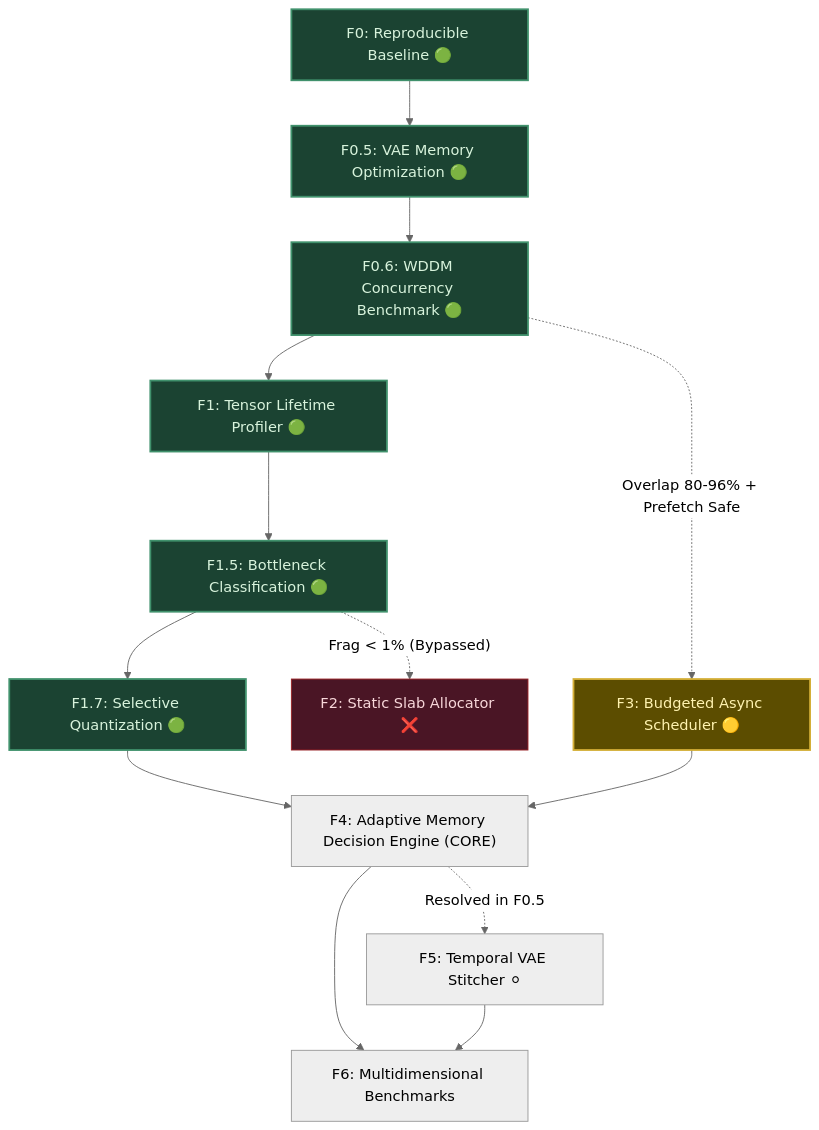
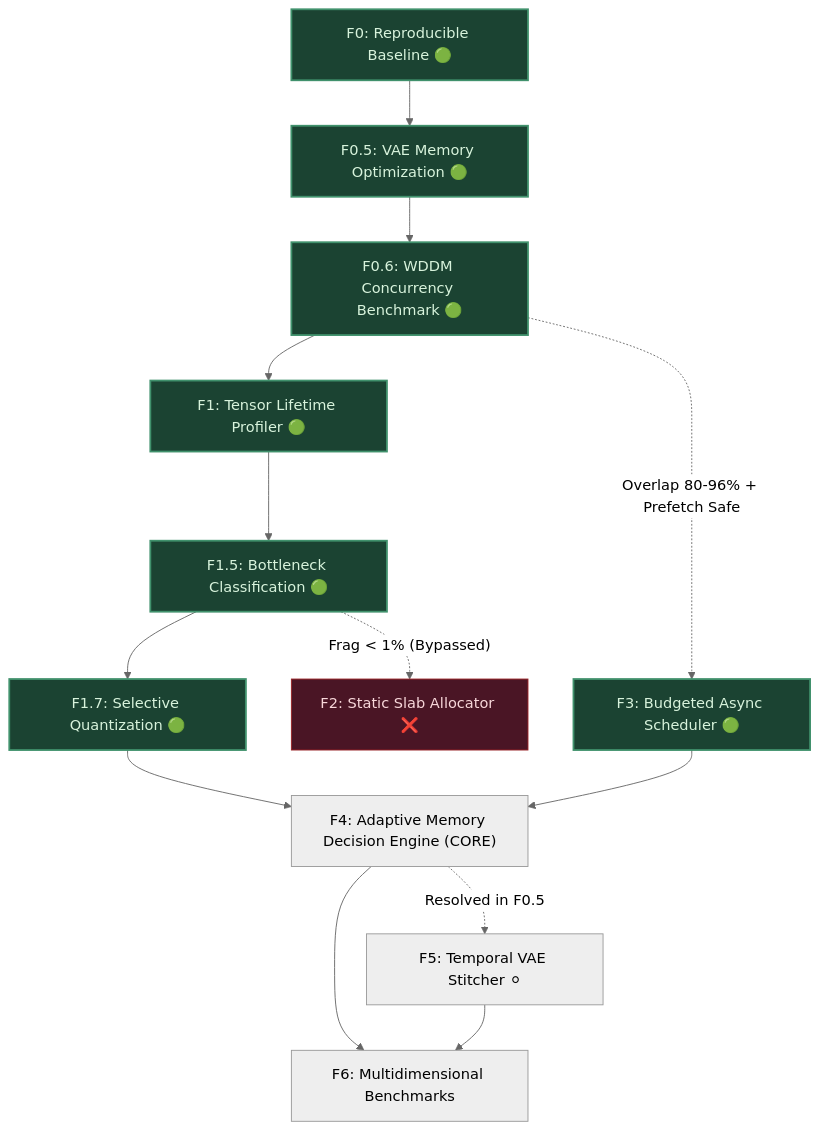
The diagram in ROADMAP.md (LARP/marley-adaptive-runtime), drawn with Mermaid (neutral theme) before and after one commit. The commit also changed other lines of this file and 11 other files, not shown here.

First line of the commit message:
feat(f3): certify budgeted async scheduler with measurement-corrected verification

````diff
--- a/ROADMAP.md
+++ b/ROADMAP.md
@@ -53,22 +55,21 @@
 ```mermaid
 flowchart TD
     F0["F0: Reproducible Baseline 🟢"] --> F05["F0.5: VAE Memory Optimization 🟢"]
     F05 --> F06["F0.6: WDDM Concurrency Benchmark 🟢"]
     F06 --> F1["F1: Tensor Lifetime Profiler 🟢"]
     F1 --> F15["F1.5: Bottleneck Classification 🟢"]
     F15 --> F17["F1.7: Selective Quantization 🟢"]
     F15 -.->|"Frag < 1% (Bypassed)"| F2["F2: Static Slab Allocator ❌"]
-    F06 -.->|"Overlap 80-96% + Prefetch Safe"| F3["F3: Budgeted Async Scheduler 🟡"]
+    F06 -.->|"Overlap 80-96% + Prefetch Safe"| F3["F3: Budgeted Async Scheduler 🟢"]
     F17 --> F4["F4: Adaptive Memory Decision Engine (CORE)"]
     F3 --> F4
     F4 -.->|"Resolved in F0.5"| F5["F5: Temporal VAE Stitcher ⚪"]
     F4 --> F6["F6: Multidimensional Benchmarks"]
     F5 --> F6
 
     classDef pass fill:#1b4332,stroke:#40916c,stroke-width:2px,color:#d8f3dc;
     classDef inprog fill:#5c4d00,stroke:#d4af37,stroke-width:2px,color:#fff3b0;
     classDef bypass fill:#4a1525,stroke:#9b2226,stroke-width:1px,color:#f8d7da;
-    class F0,F05,F06,F1,F15,F17 pass;
-    class F3 inprog;
+    class F0,F05,F06,F1,F15,F17,F3 pass;
     class F2 bypass;
 ```
````
